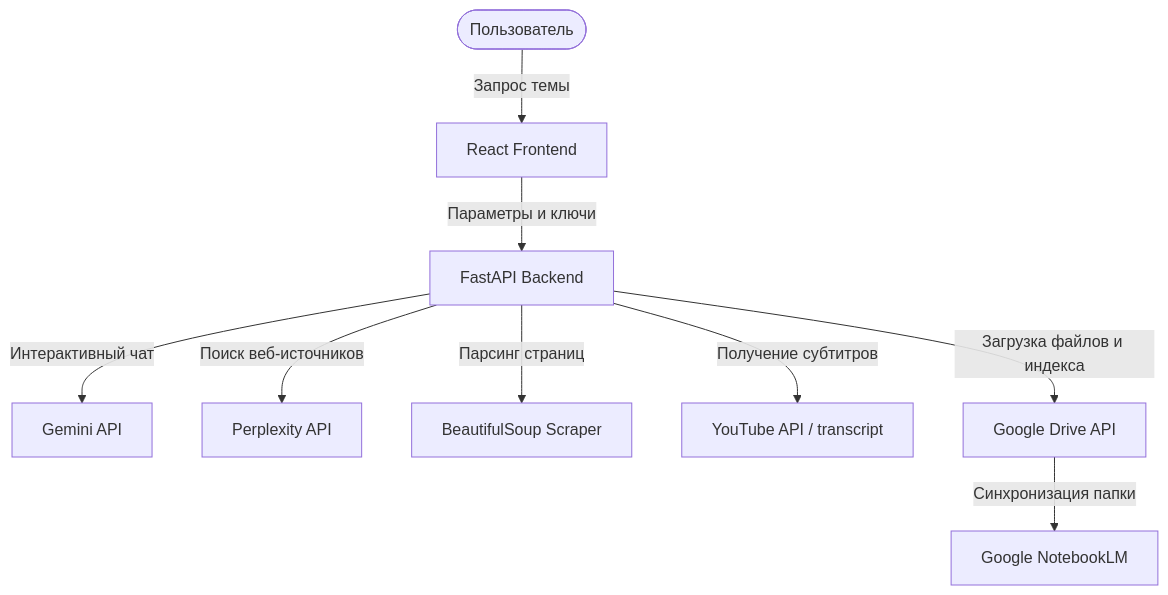
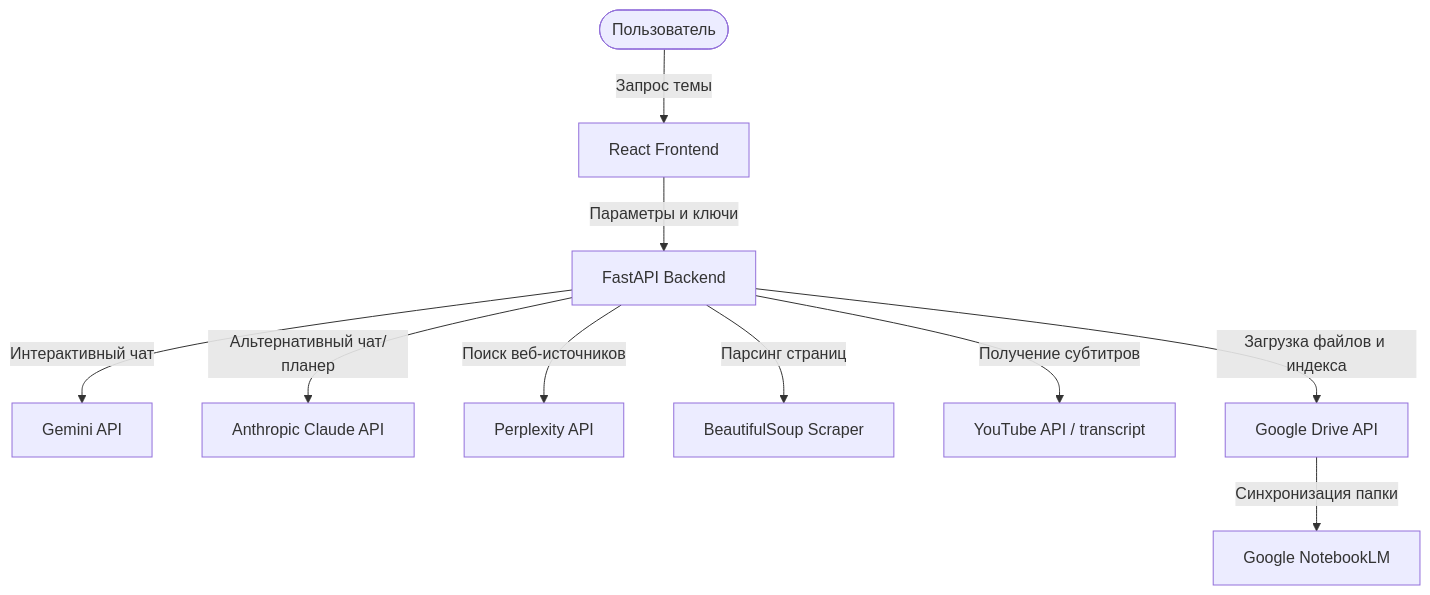
One commit to lialiaprofai/NotebookLM-Linker changed the diagram in README.md. Above: the diagram before and after it, drawn with Mermaid. The commit also changed other lines of this file, not shown here.

Commit message:
Update README.md with Claude API support details

````diff
--- a/README.md
+++ b/README.md
@@ -27,11 +27,12 @@
 ```mermaid
 graph TD
     User([Пользователь]) -->|Запрос темы| UI[React Frontend]
     UI -->|Параметры и ключи| API[FastAPI Backend]
     API -->|Интерактивный чат| Gemini[Gemini API]
+    API -->|Альтернативный чат/планер| Claude[Anthropic Claude API]
     API -->|Поиск веб-источников| Perplexity[Perplexity API]
     API -->|Парсинг страниц| Scraper[BeautifulSoup Scraper]
     API -->|Получение субтитров| YT[YouTube API / transcript]
     API -->|Загрузка файлов и индекса| GDrive[Google Drive API]
     GDrive -->|Синхронизация папки| NotebookLM[Google NotebookLM]
 ```
````
